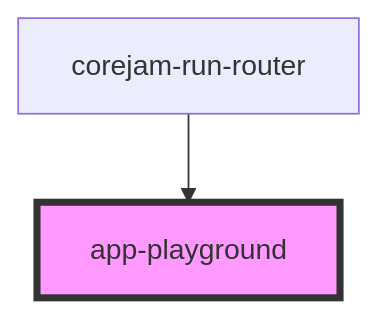
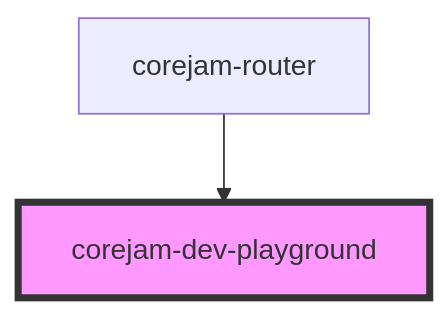
Before and after one commit to corejam/corejam: the diagram in packages/run/app/components/Playground/readme.md, drawn with Mermaid. The commit also changed other lines of this file and 43 other files, not shown here.

````diff
--- a/packages/run/app/components/Playground/readme.md
+++ b/packages/run/app/components/Playground/readme.md
@@ -23,5 +23,5 @@
 ```mermaid
 graph TD;
-  corejam-run-router --> app-playground
-  style app-playground fill:#f9f,stroke:#333,stroke-width:4px
+  corejam-router --> corejam-dev-playground
+  style corejam-dev-playground fill:#f9f,stroke:#333,stroke-width:4px
 ```
````
